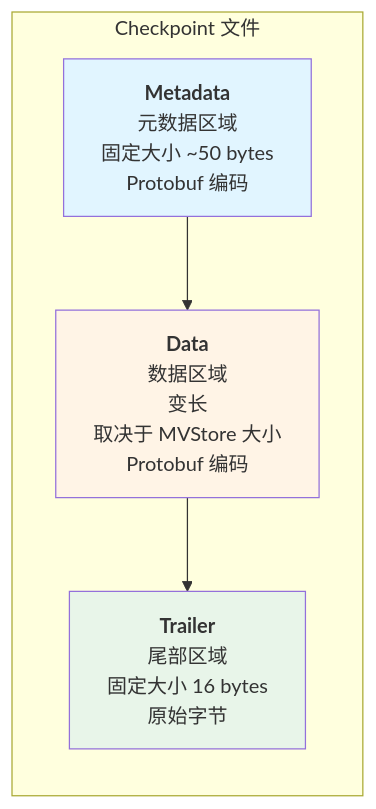
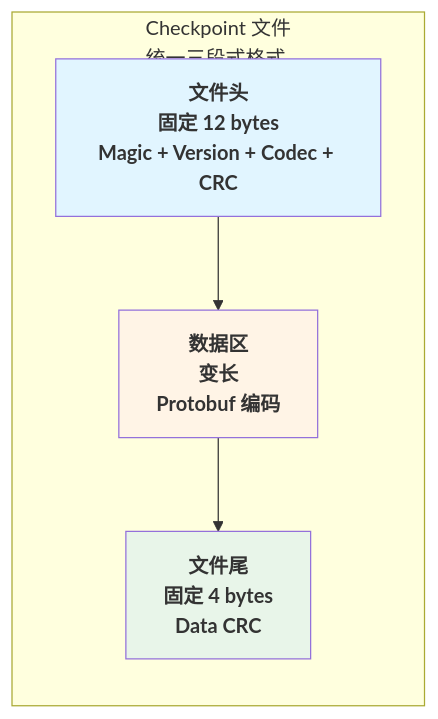
One commit to jzhang405/NexKV changed the second of 8 diagrams in docs/06_project_management/pr_documents/feature/2026-01-19_PR-003_WAL_Checkpoint_机制实现_Pre.md. Above: the diagram before and after it, drawn with Mermaid. The commit also changed other lines of this file, not shown here.

First line of the commit message:
docs(pr-003): 统一 Checkpoint 文件格式为三段式

````diff
--- a/docs/06_project_management/pr_documents/feature/2026-01-19_PR-003_WAL_Checkpoint_机制实现_Pre.md
+++ b/docs/06_project_management/pr_documents/feature/2026-01-19_PR-003_WAL_Checkpoint_机制实现_Pre.md
@@ -195,16 +190,15 @@
 ```mermaid
 flowchart LR
-    subgraph File["Checkpoint 文件"]
+    subgraph File["Checkpoint 文件<br/>统一三段式格式"]
         direction TB
-        M["<b>Metadata</b><br/>元数据区域<br/>固定大小 ~50 bytes<br/>Protobuf 编码"]
-        D["<b>Data</b><br/>数据区域<br/>变长<br/>取决于 MVStore 大小<br/>Protobuf 编码"]
-        T["<b>Trailer</b><br/>尾部区域<br/>固定大小 16 bytes<br/>原始字节"]
+        H["<b>文件头<br/>固定 12 bytes<br/>Magic + Version + Codec + CRC"]
+        D["<b>数据区<br/>变长<br/>Protobuf 编码"]
+        T["<b>文件尾<br/>固定 4 bytes<br/>Data CRC"]
 
-        M --> D
-        D --> T
+        H --> D --> T
     end
 
-    style M fill:#e1f5ff
+    style H fill:#e1f5ff
     style D fill:#fff4e6
     style T fill:#e8f5e9
 ```
````
